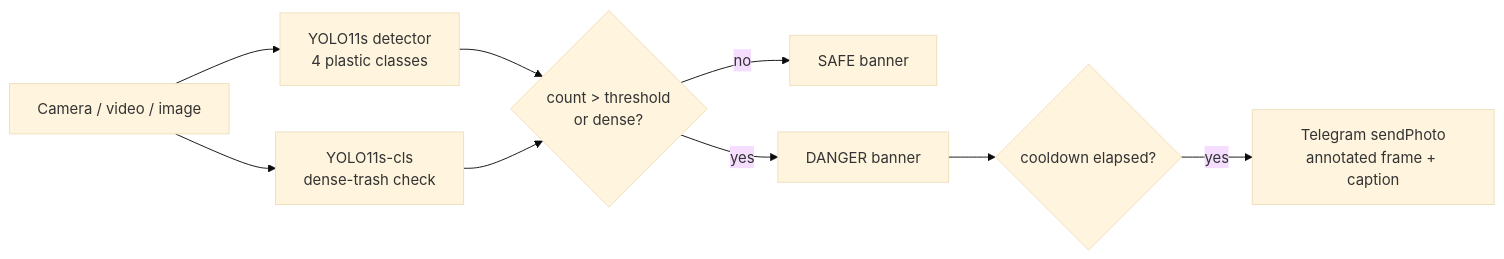
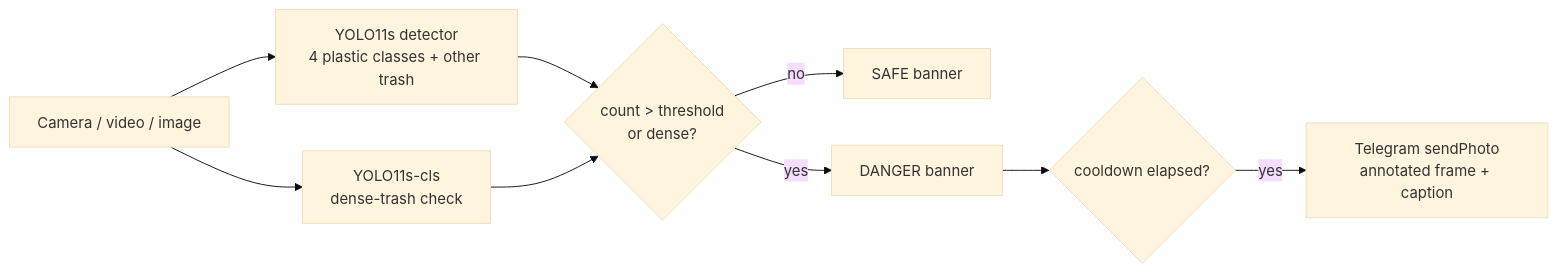
Before and after one commit to Alb138/RiverGuard: the diagram in README.md, drawn with Mermaid (base theme). The commit also changed other lines of this file and 10 other files, not shown here.

````diff
--- a/README.md
+++ b/README.md
@@ -27,11 +27,11 @@
 ```mermaid
 flowchart LR
-    A[Camera / video / image] --> B[YOLO11s detector<br/>4 plastic classes]
+    A[Camera / video / image] --> B[YOLO11s detector<br/>4 plastic classes + other trash]
     A --> H[YOLO11s-cls<br/>dense-trash check]
     B --> C{count &gt; threshold<br/>or dense?}
     H --> C
     C -- no --> D[SAFE banner]
     C -- yes --> E[DANGER banner]
     E --> F{cooldown elapsed?}
     F -- yes --> G[Telegram sendPhoto<br/>annotated frame + caption]
 ```
````
